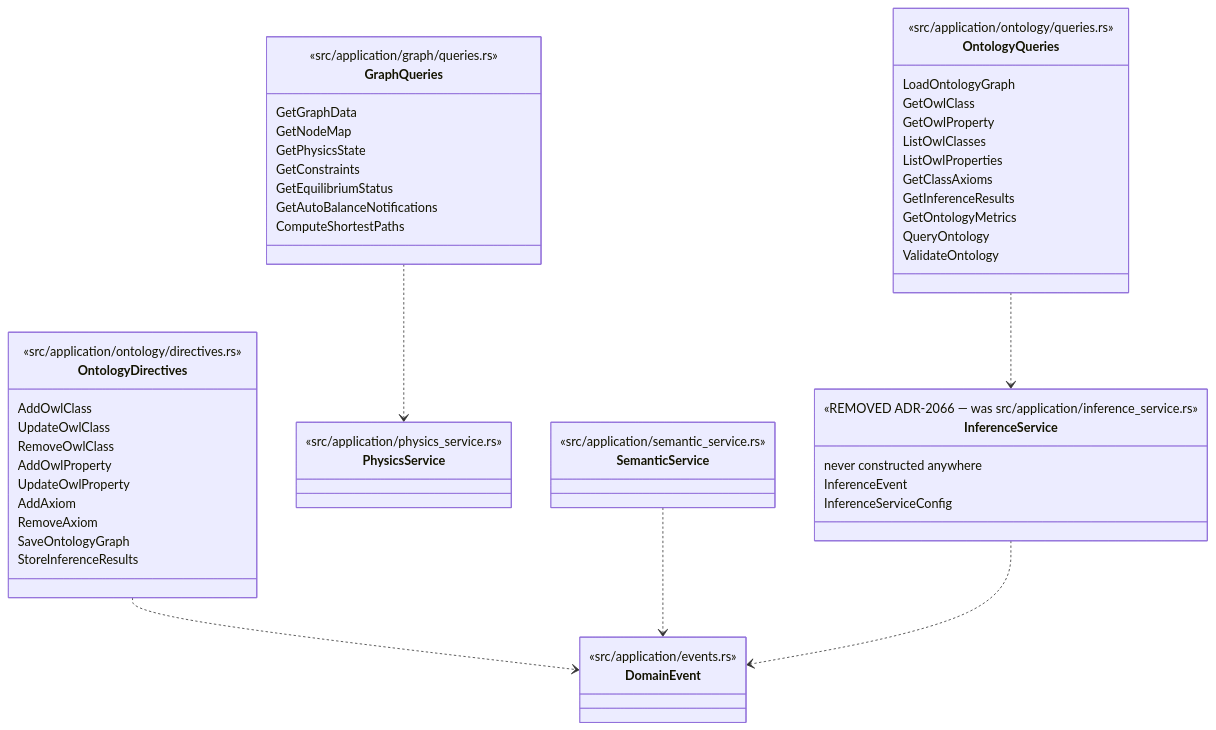
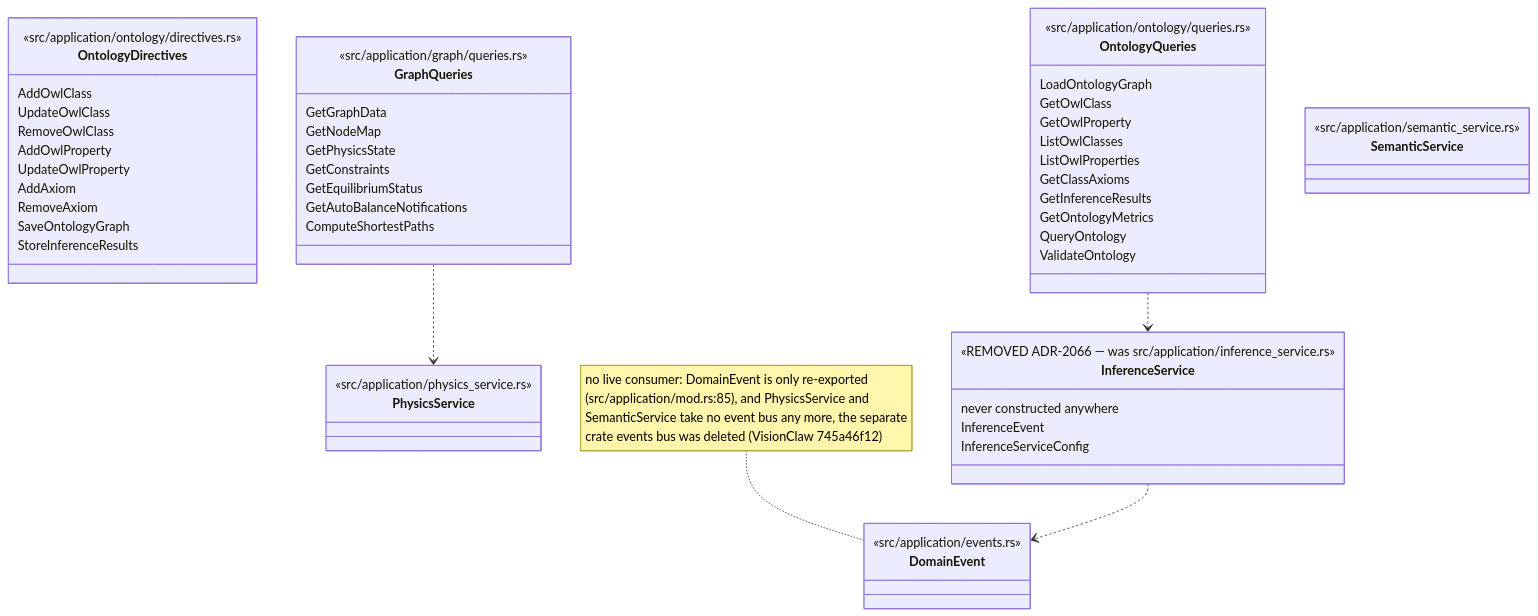
The fourth of 9 diagrams in docs/diagrams/visionclaw/07-hexagonal-ports-and-crates.md (DreamLab-AI/VisionFlow), drawn with Mermaid before and after one commit. The commit also changed other lines of this file and 7 other files, not shown here.

````diff
--- a/docs/diagrams/visionclaw/07-hexagonal-ports-and-crates.md
+++ b/docs/diagrams/visionclaw/07-hexagonal-ports-and-crates.md
@@ -215,58 +215,57 @@
 ```mermaid
 classDiagram
     class OntologyDirectives {
       <<src/application/ontology/directives.rs>>
       AddOwlClass
       UpdateOwlClass
       RemoveOwlClass
       AddOwlProperty
       UpdateOwlProperty
       AddAxiom
       RemoveAxiom
       SaveOntologyGraph
       StoreInferenceResults
     }
     class OntologyQueries {
       <<src/application/ontology/queries.rs>>
       LoadOntologyGraph
       GetOwlClass
       GetOwlProperty
       ListOwlClasses
       ListOwlProperties
       GetClassAxioms
       GetInferenceResults
       GetOntologyMetrics
       QueryOntology
       ValidateOntology
     }
     class GraphQueries {
       <<src/application/graph/queries.rs>>
       GetGraphData
       GetNodeMap
       GetPhysicsState
       GetConstraints
       GetEquilibriumStatus
       GetAutoBalanceNotifications
       ComputeShortestPaths
     }
     class PhysicsService {
       <<src/application/physics_service.rs>>
     }
     class SemanticService {
       <<src/application/semantic_service.rs>>
     }
     class InferenceService {
       <<REMOVED ADR-2066 — was src/application/inference_service.rs>>
       never constructed anywhere
       InferenceEvent
       InferenceServiceConfig
     }
     class DomainEvent {
       <<src/application/events.rs>>
     }
-    OntologyDirectives ..> DomainEvent
     GraphQueries ..> PhysicsService
     OntologyQueries ..> InferenceService
-    SemanticService ..> DomainEvent
     InferenceService ..> DomainEvent
+    note for DomainEvent "no live consumer: DomainEvent is only re-exported<br/>(src/application/mod.rs:85), and PhysicsService and<br/>SemanticService take no event bus any more, the separate<br/>crate events bus was deleted (VisionClaw 745a46f12)"
 ```
````
